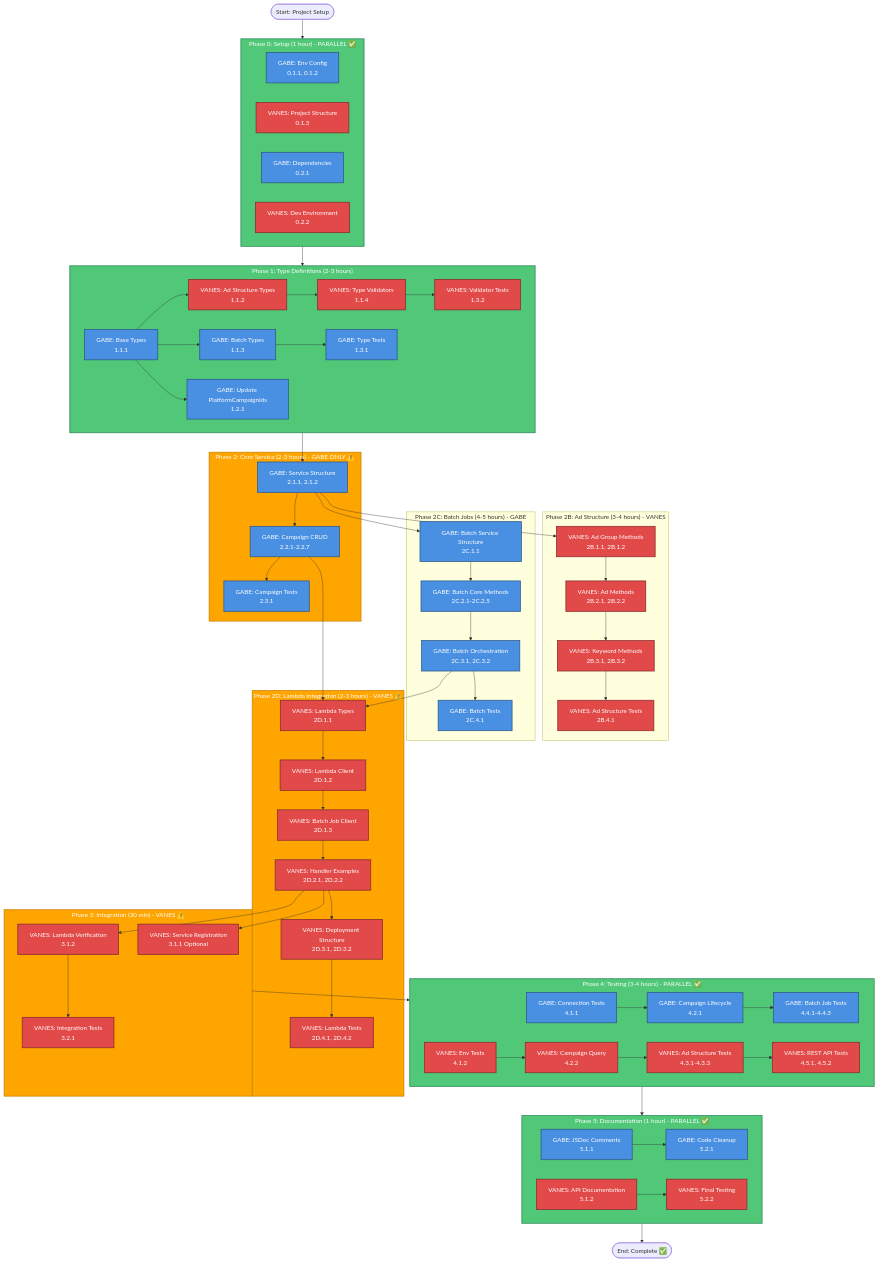
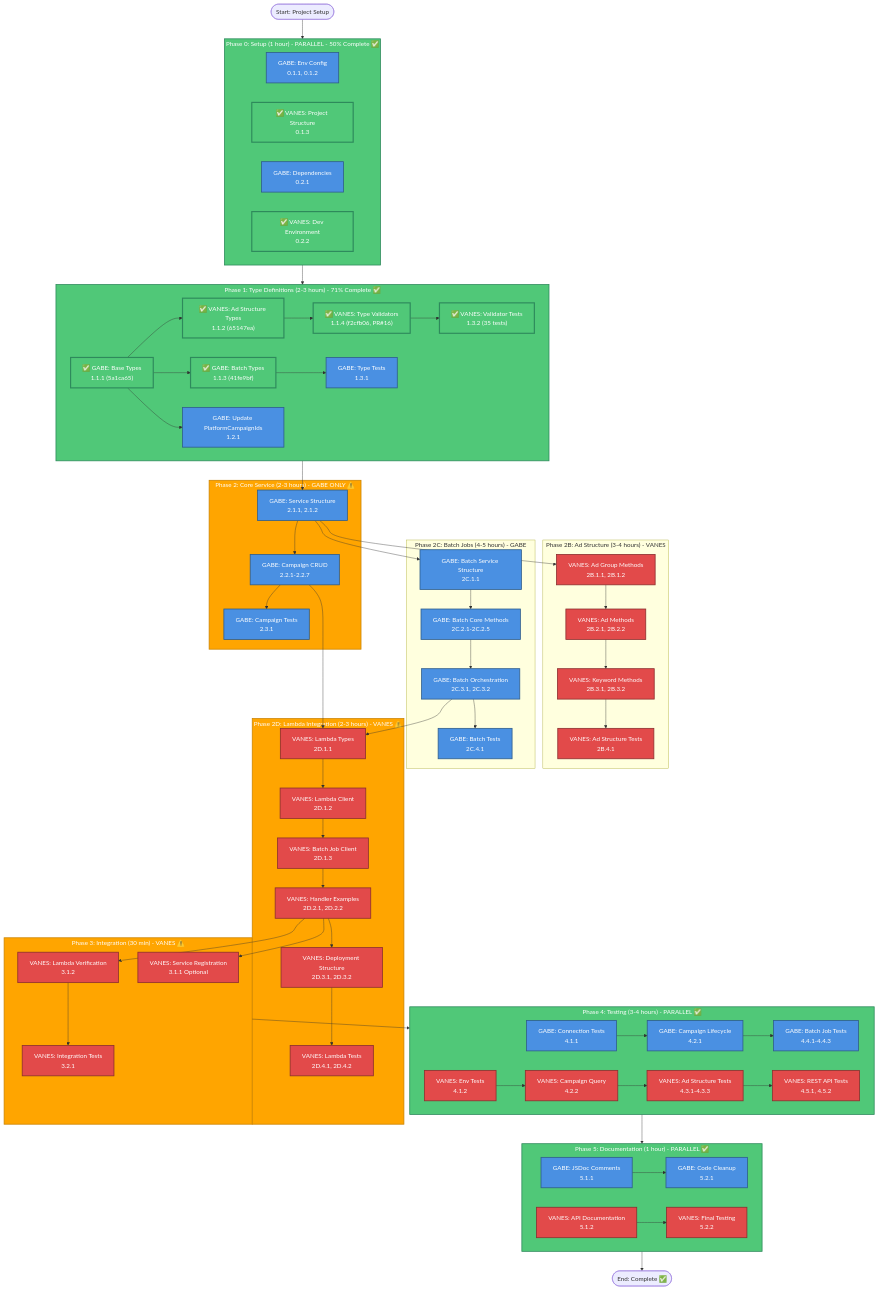
The diagram in 1. Marin Adtech/2. Agentic Campaign Manager/2. Artifacts/2. Integrated MVP/TASKLIST-Marin-Dispatcher-Integration-WORKFLOW.md (gratefulgabe5000/MarinSoftware-Module-Agentic-Campaign-Managers), drawn with Mermaid before and after one commit. The commit also changed other lines of this file and 1 other file, not shown here.

````diff
--- a/1. Marin Adtech/2. Agentic Campaign Manager/2. Artifacts/2. Integrated MVP/TASKLIST-Marin-Dispatcher-Integration-WORKFLOW.md
+++ b/1. Marin Adtech/2. Agentic Campaign Manager/2. Artifacts/2. Integrated MVP/TASKLIST-Marin-Dispatcher-Integration-WORKFLOW.md
@@ -153,23 +177,23 @@
 graph TB
     Start([Start: Project Setup])
     
-    %% Phase 0: Setup (PARALLEL)
-    subgraph Phase0["Phase 0: Setup (1 hour) - PARALLEL ✅"]
+    %% Phase 0: Setup (PARALLEL) - 50% Complete
+    subgraph Phase0["Phase 0: Setup (1 hour) - PARALLEL - 50% Complete ✅"]
         G0_1[GABE: Env Config<br/>0.1.1, 0.1.2]
-        V0_1[VANES: Project Structure<br/>0.1.3]
+        V0_1["✅ VANES: Project Structure<br/>0.1.3"]
         G0_2[GABE: Dependencies<br/>0.2.1]
-        V0_2[VANES: Dev Environment<br/>0.2.2]
+        V0_2["✅ VANES: Dev Environment<br/>0.2.2"]
     end
     
-    %% Phase 1: Types (PARALLEL after 1.1.1)
-    subgraph Phase1["Phase 1: Type Definitions (2-3 hours)"]
-        G1_1[GABE: Base Types<br/>1.1.1]
-        G1_3[GABE: Batch Types<br/>1.1.3]
+    %% Phase 1: Types (PARALLEL after 1.1.1) - 71% Complete
+    subgraph Phase1["Phase 1: Type Definitions (2-3 hours) - 71% Complete ✅"]
+        G1_1["✅ GABE: Base Types<br/>1.1.1 (5a1ca65)"]
+        G1_3["✅ GABE: Batch Types<br/>1.1.3 (41fe9bf)"]
         G1_2_1[GABE: Update PlatformCampaignIds<br/>1.2.1]
-        V1_2[VANES: Ad Structure Types<br/>1.1.2]
-        V1_4[VANES: Type Validators<br/>1.1.4]
+        V1_2["✅ VANES: Ad Structure Types<br/>1.1.2 (65147ea)"]
+        V1_4["✅ VANES: Type Validators<br/>1.1.4 (f2cfb06, PR#16)"]
         G1_3_1[GABE: Type Tests<br/>1.3.1]
-        V1_3_2[VANES: Validator Tests<br/>1.3.2]
+        V1_3_2["✅ VANES: Validator Tests<br/>1.3.2 (35 tests)"]
     end
     
     %% Phase 2: Core Service (GABE ONLY - SEQUENTIAL)
@@ -296,12 +320,14 @@
     %% Styling
     classDef gabePath fill:#4A90E2,stroke:#2E5C8A,stroke-width:2px,color:#fff
     classDef vanesPath fill:#E24A4A,stroke:#8A2E2E,stroke-width:2px,color:#fff
+    classDef completed fill:#50C878,stroke:#2E8A5C,stroke-width:3px,color:#fff
     classDef parallel fill:#50C878,stroke:#2E8A5C,stroke-width:2px,color:#fff
     classDef sequential fill:#FFA500,stroke:#CC8400,stroke-width:2px,color:#fff
     classDef phase fill:#9B59B6,stroke:#6B3A8A,stroke-width:3px,color:#fff
-    
-    class G0_1,G0_2,G1_1,G1_3,G1_2_1,G1_3_1,G2_1,G2_2,G2_3,G2C_1,G2C_2,G2C_3,G2C_4,G4_1,G4_2,G4_3,G5_1,G5_2 gabePath
-    class V0_1,V0_2,V1_2,V1_4,V1_3_2,V2B_1,V2B_2,V2B_3,V2B_4,V2D_1,V2D_2,V2D_3,V2D_4,V2D_5,V2D_6,V3_1,V3_2,V3_3,V4_1,V4_2,V4_3,V4_4,V5_1,V5_2 vanesPath
+
+    class G0_1,G0_2,G1_2_1,G1_3_1,G2_1,G2_2,G2_3,G2C_1,G2C_2,G2C_3,G2C_4,G4_1,G4_2,G4_3,G5_1,G5_2 gabePath
+    class V2B_1,V2B_2,V2B_3,V2B_4,V2D_1,V2D_2,V2D_3,V2D_4,V2D_5,V2D_6,V3_1,V3_2,V3_3,V4_1,V4_2,V4_3,V4_4,V5_1,V5_2 vanesPath
+    class V0_1,V0_2,G1_1,G1_3,V1_2,V1_4,V1_3_2 completed
     class Phase0,Phase1,Phase4,Phase5 parallel
     class Phase2,Phase2D,Phase3 sequential
 ```
````
